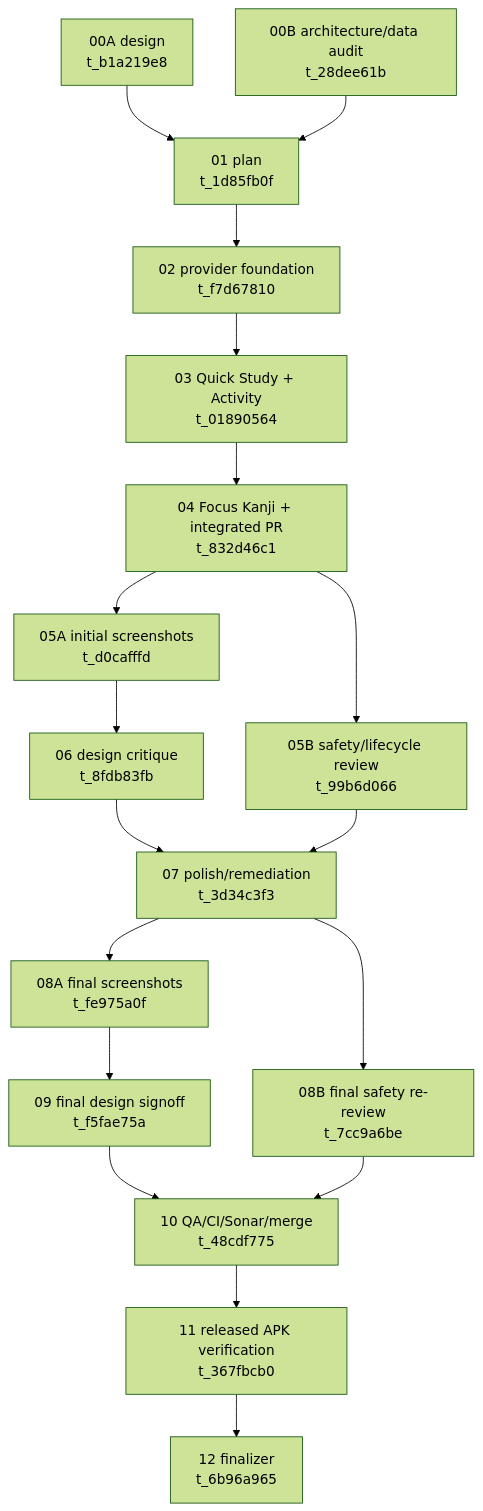
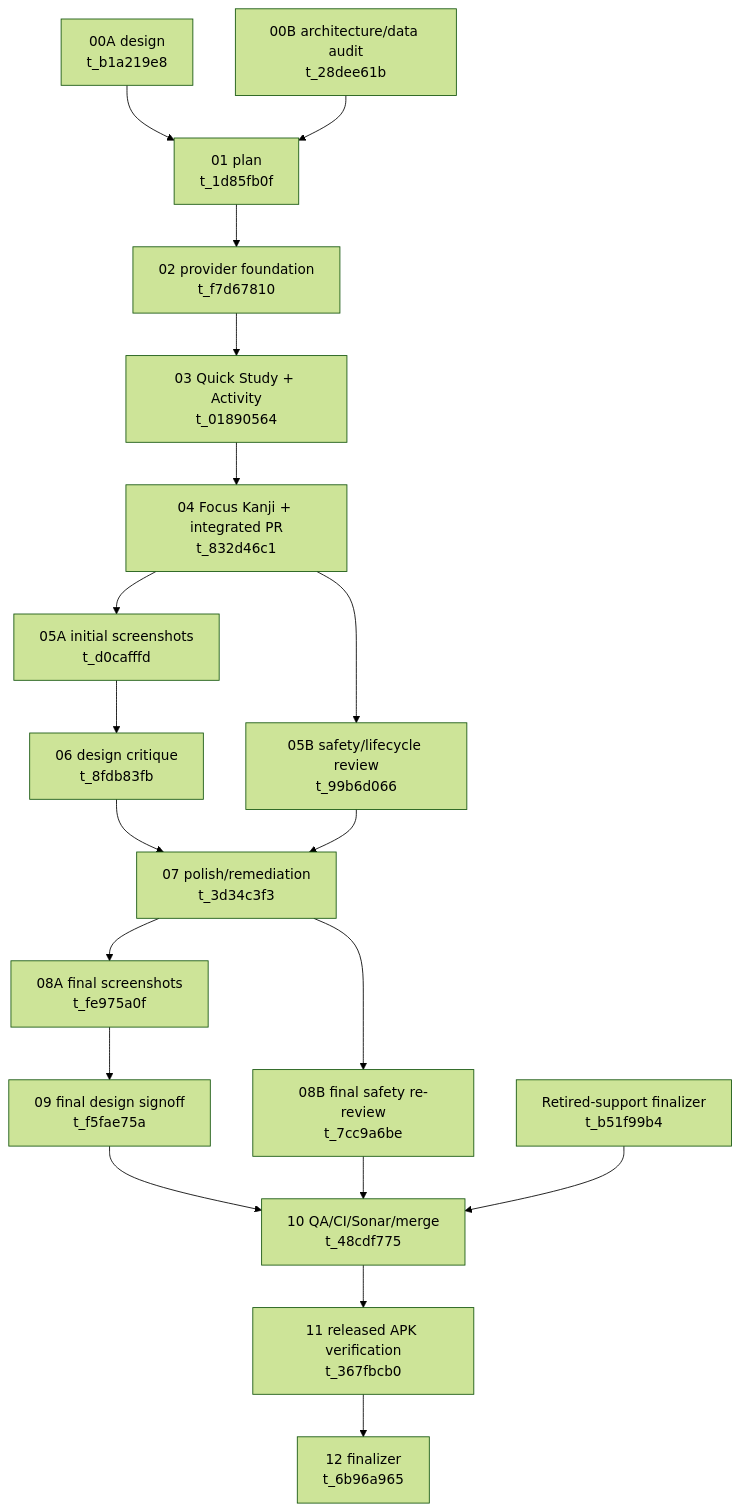
The diagram in docs/plans/2026-07-18-multi-widget-family.md (bee-san/kanji_anki), drawn with Mermaid (forest theme) before and after one commit. The commit also changed other lines of this file, not shown here.

Commit message:
docs(widget): gate retired-item eligibility

````diff
--- a/docs/plans/2026-07-18-multi-widget-family.md
+++ b/docs/plans/2026-07-18-multi-widget-family.md
@@ -630,20 +638,21 @@
 ```mermaid
 flowchart TD
     D["00A design<br/>t_b1a219e8"] --> P["01 plan<br/>t_1d85fb0f"]
     A["00B architecture/data audit<br/>t_28dee61b"] --> P
     P --> F["02 provider foundation<br/>t_f7d67810"]
     F --> QA["03 Quick Study + Activity<br/>t_01890564"]
     QA --> K["04 Focus Kanji + integrated PR<br/>t_832d46c1"]
     K --> S1["05A initial screenshots<br/>t_d0cafffd"]
     K --> R1["05B safety/lifecycle review<br/>t_99b6d066"]
     S1 --> DC["06 design critique<br/>t_8fdb83fb"]
     DC --> POL["07 polish/remediation<br/>t_3d34c3f3"]
     R1 --> POL
     POL --> S2["08A final screenshots<br/>t_fe975a0f"]
     POL --> R2["08B final safety re-review<br/>t_7cc9a6be"]
     S2 --> DS["09 final design signoff<br/>t_f5fae75a"]
     DS --> MERGE["10 QA/CI/Sonar/merge<br/>t_48cdf775"]
     R2 --> MERGE
+    RET["Retired-support finalizer<br/>t_b51f99b4"] --> MERGE
     MERGE --> APK["11 released APK verification<br/>t_367fbcb0"]
     APK --> FIN["12 finalizer<br/>t_6b96a965"]
 ```
````
